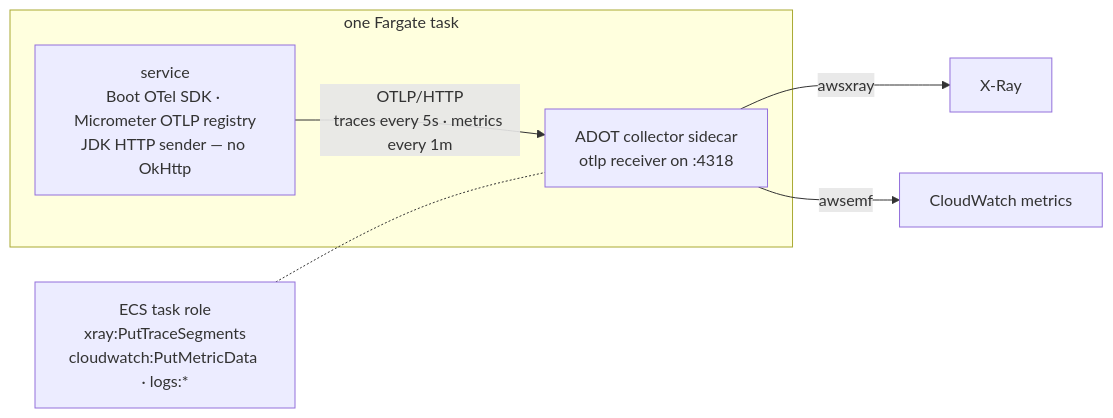
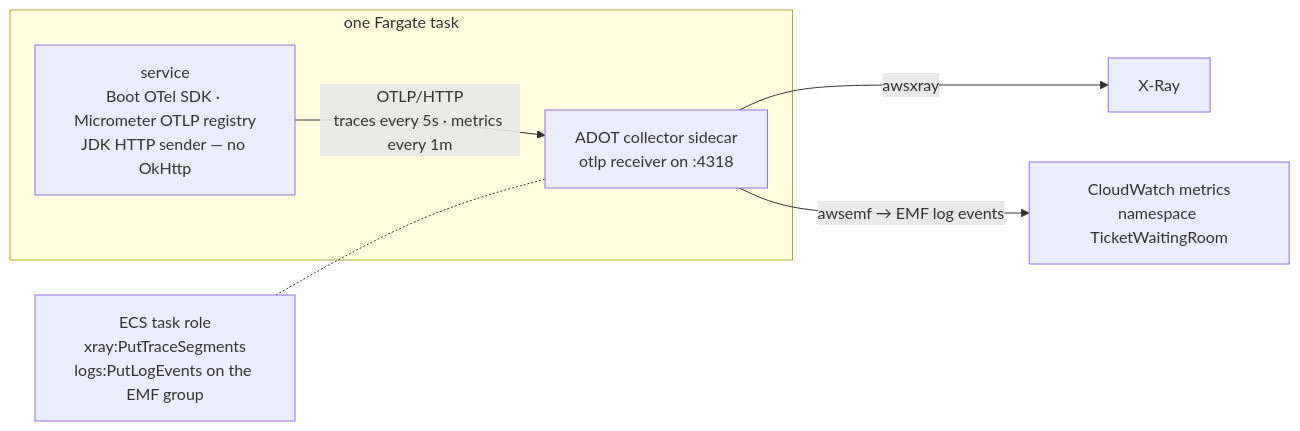
The first of 2 diagrams in observability-starter/ARCHITECTURE.md (daliborjelicanin/ticket-waiting-room-aws), drawn with Mermaid before and after one commit. The commit also changed other lines of this file and 21 other files, not shown here.

````diff
--- a/observability-starter/ARCHITECTURE.md
+++ b/observability-starter/ARCHITECTURE.md
@@ -32,11 +32,11 @@
 ```mermaid
 flowchart LR
     subgraph task["one Fargate task"]
         SVC["service<br/>Boot OTel SDK · Micrometer OTLP registry<br/>JDK HTTP sender — no OkHttp"]
         COL["ADOT collector sidecar<br/>otlp receiver on :4318"]
         SVC -->|"OTLP/HTTP<br/>traces every 5s · metrics every 1m"| COL
     end
     COL -->|"awsxray"| XR["X-Ray"]
-    COL -->|"awsemf"| CW["CloudWatch metrics"]
-    TR["ECS task role<br/>xray:PutTraceSegments<br/>cloudwatch:PutMetricData · logs:*"] -.- COL
+    COL -->|"awsemf → EMF log events"| CW["CloudWatch metrics<br/>namespace TicketWaitingRoom"]
+    TR["ECS task role<br/>xray:PutTraceSegments<br/>logs:PutLogEvents on the EMF group"] -.- COL
 ```
````
